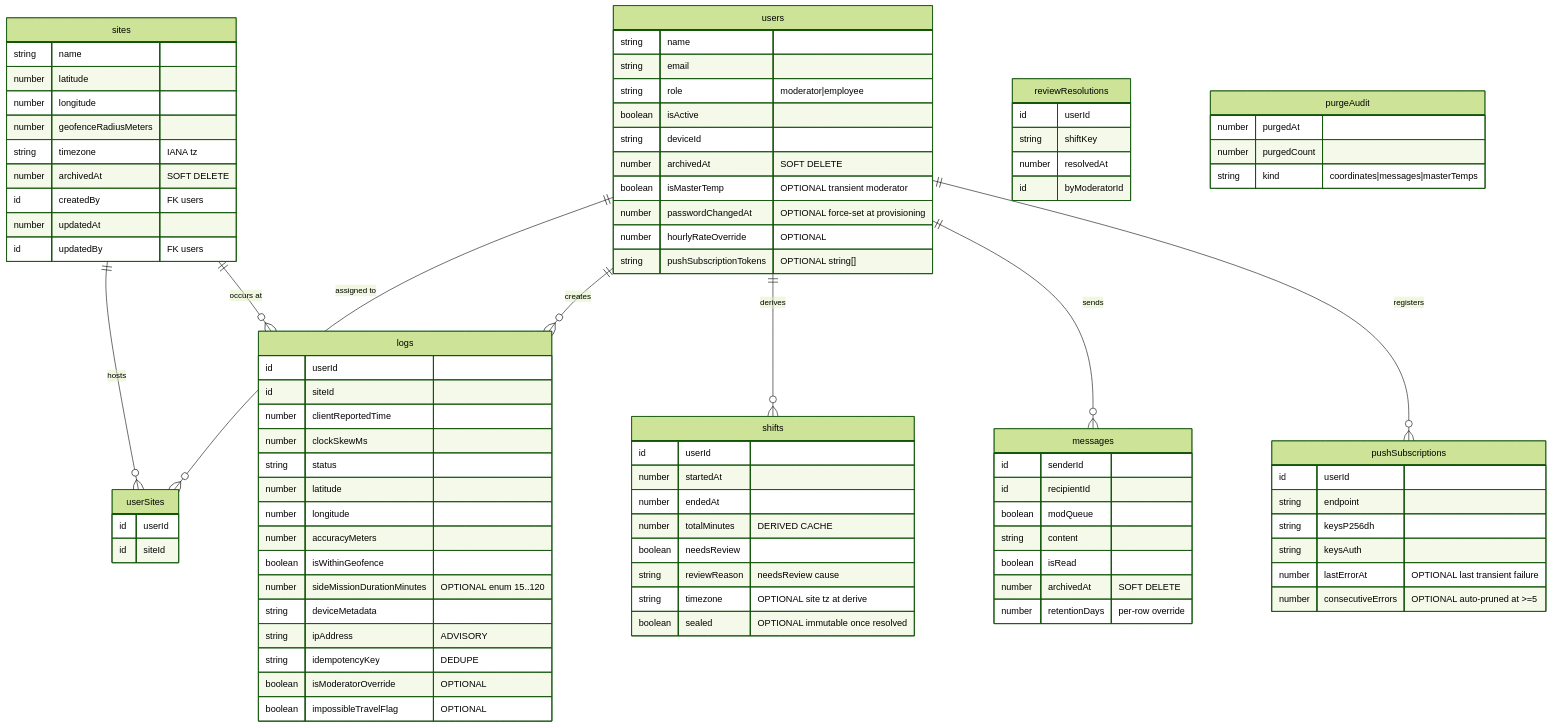
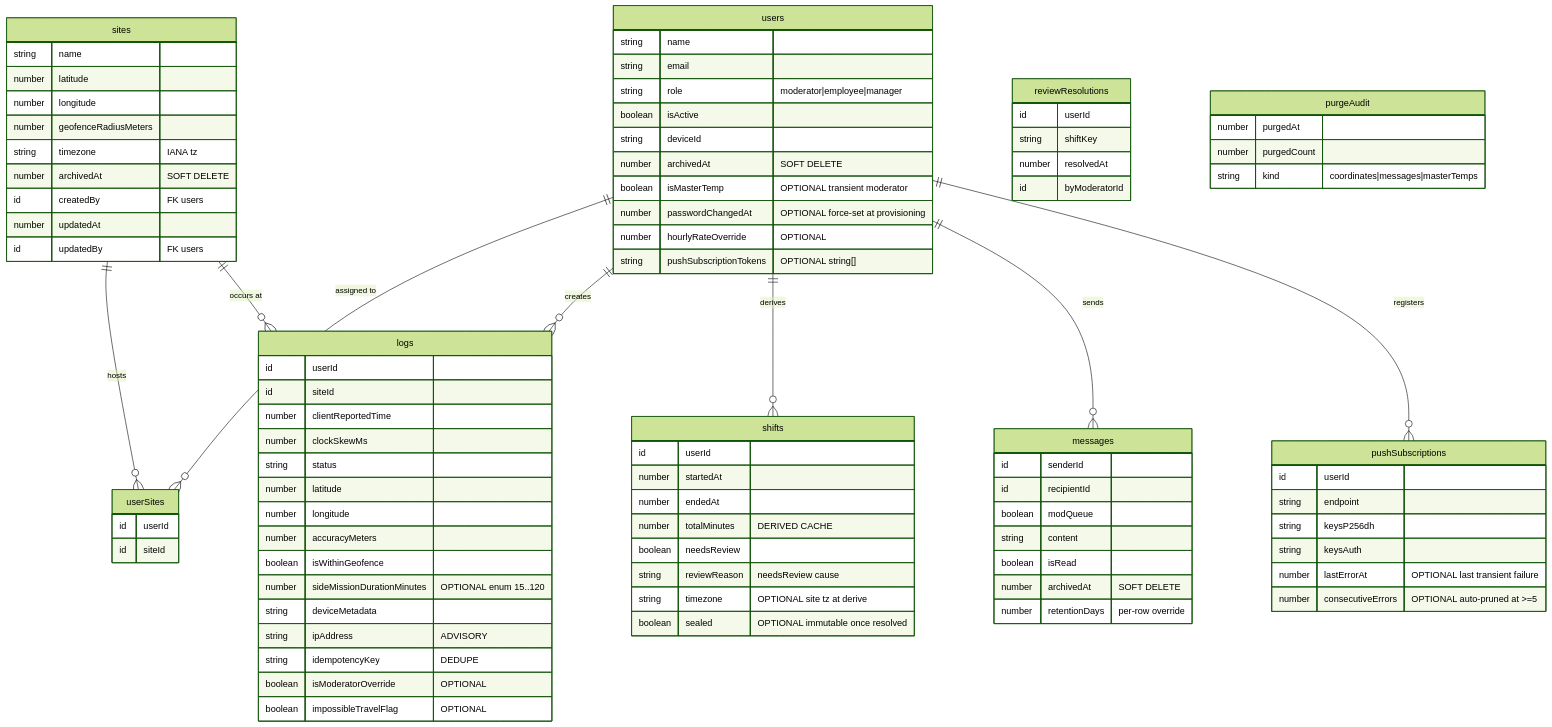
The second of 5 diagrams in j-pay.md (TeacherEvan/J-pay), drawn with Mermaid (forest theme) before and after one commit. The commit also changed other lines of this file and 8 other files, not shown here.

First line of the commit message:
feat(moderator): bulk multi-site assignment + manager role groundwork

```diff
--- a/j-pay.md
+++ b/j-pay.md
@@ -402,7 +403,7 @@
     users {
         string name
         string email
-        string role "moderator|employee"
+        string role "moderator|employee|manager"
         boolean isActive
         string deviceId
         number archivedAt "SOFT DELETE"
```
